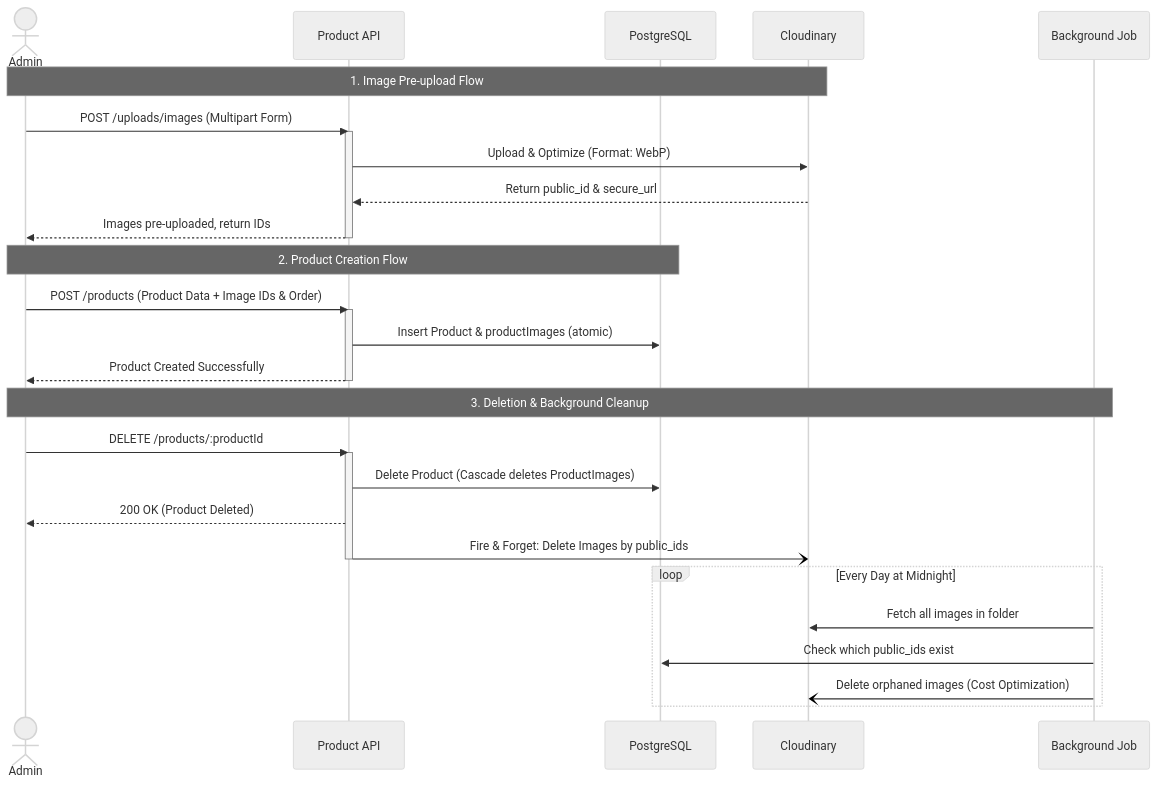
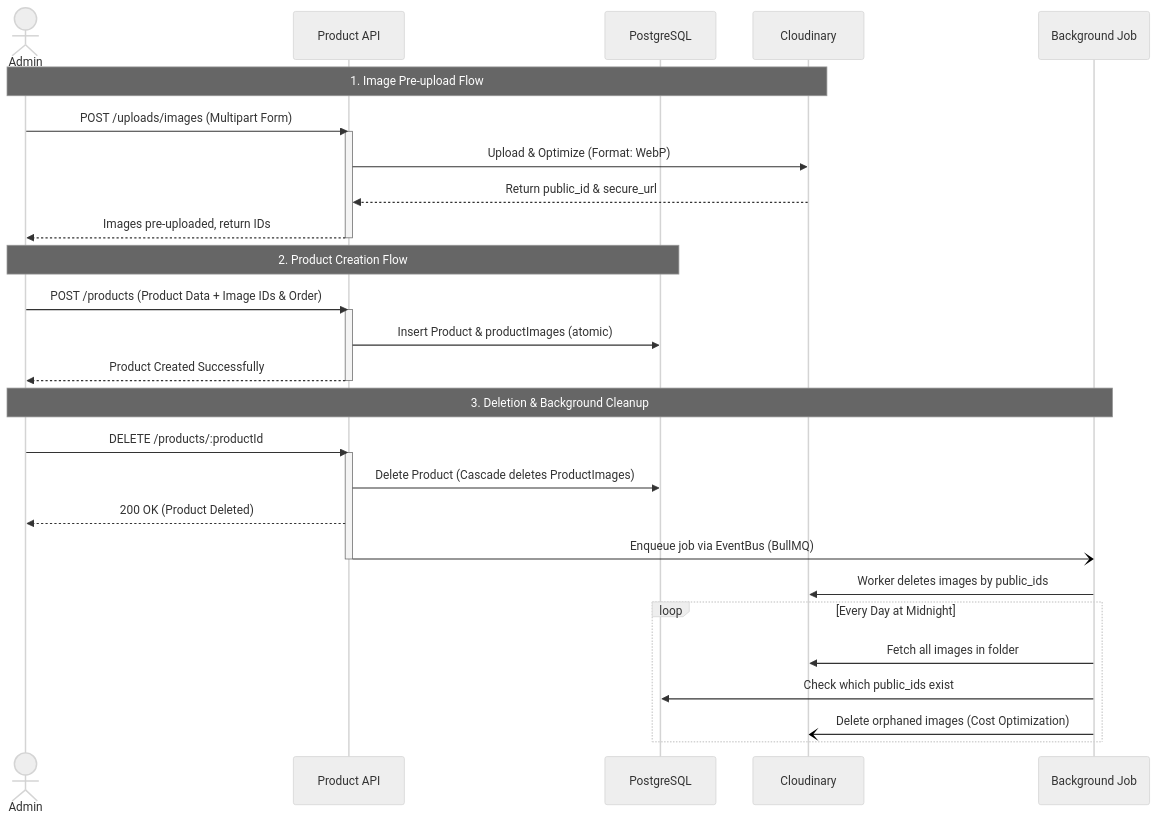
One commit to Omar3597/ecommerce changed the third of 4 diagrams in README.md. Above: the diagram before and after it, drawn with Mermaid (neutral theme). The commit also changed other lines of this file, not shown here.

Commit message:
feat(docs): enhance README with updated features, architecture overview, and design decisions

````diff
--- a/README.md
+++ b/README.md
@@ -152,43 +154,44 @@
 ```mermaid
 
 sequenceDiagram
     actor Admin
     participant API as Product API
     participant DB as PostgreSQL
     participant Cloud as Cloudinary
     participant Cron as Background Job
 
     %% IMAGE UPLOAD FLOW %%
     Note over Admin, Cloud: 1. Image Pre-upload Flow
     Admin->>API: POST /uploads/images (Multipart Form)
     activate API
     API->>Cloud: Upload & Optimize (Format: WebP)
     Cloud-->>API: Return public_id & secure_url
     API-->>Admin: Images pre-uploaded, return IDs
     deactivate API
 
     %% PRODUCT CREATION FLOW %%
     Note over Admin, DB: 2. Product Creation Flow
     Admin->>API: POST /products (Product Data + Image IDs & Order)
     activate API
     API->>DB: Insert Product & productImages (atomic)
     API-->>Admin: Product Created Successfully
     deactivate API
 
     %% DELETION & CLEANUP FLOW %%
     Note over Admin, Cron: 3. Deletion & Background Cleanup
     Admin->>API: DELETE /products/:productId
     activate API
     API->>DB: Delete Product (Cascade deletes ProductImages)
     API-->>Admin: 200 OK (Product Deleted)
-    API-)Cloud: Fire & Forget: Delete Images by public_ids
+    API-)Cron: Enqueue job via EventBus (BullMQ)
     deactivate API
+    Cron->>Cloud: Worker deletes images by public_ids
 
     %% CRON JOB %%
     loop Every Day at Midnight
         Cron->>Cloud: Fetch all images in folder
         Cron->>DB: Check which public_ids exist
         Cron-)Cloud: Delete orphaned images (Cost Optimization)
     end
 
 ```
````
